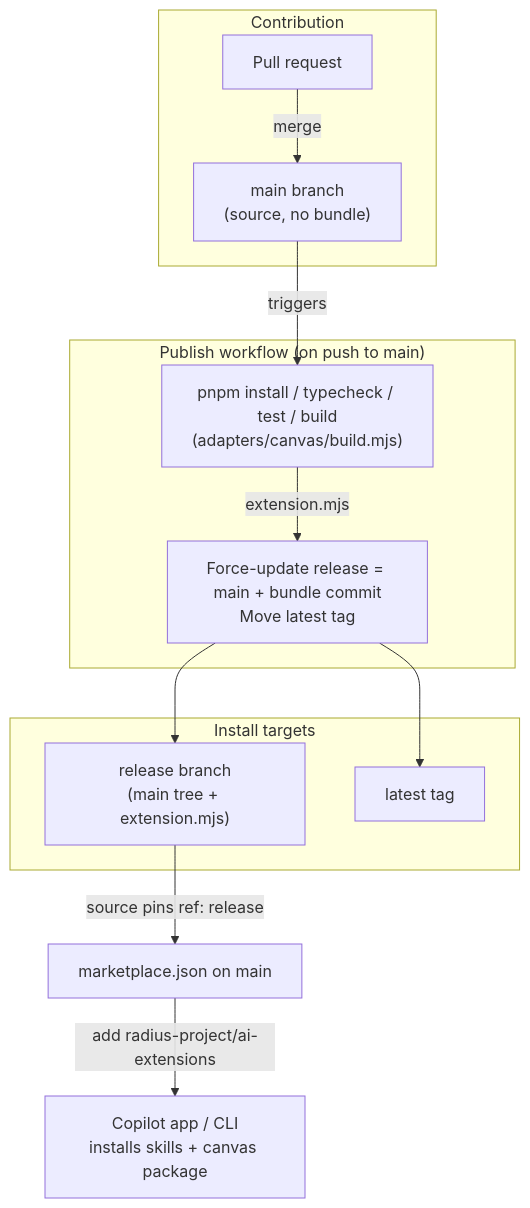
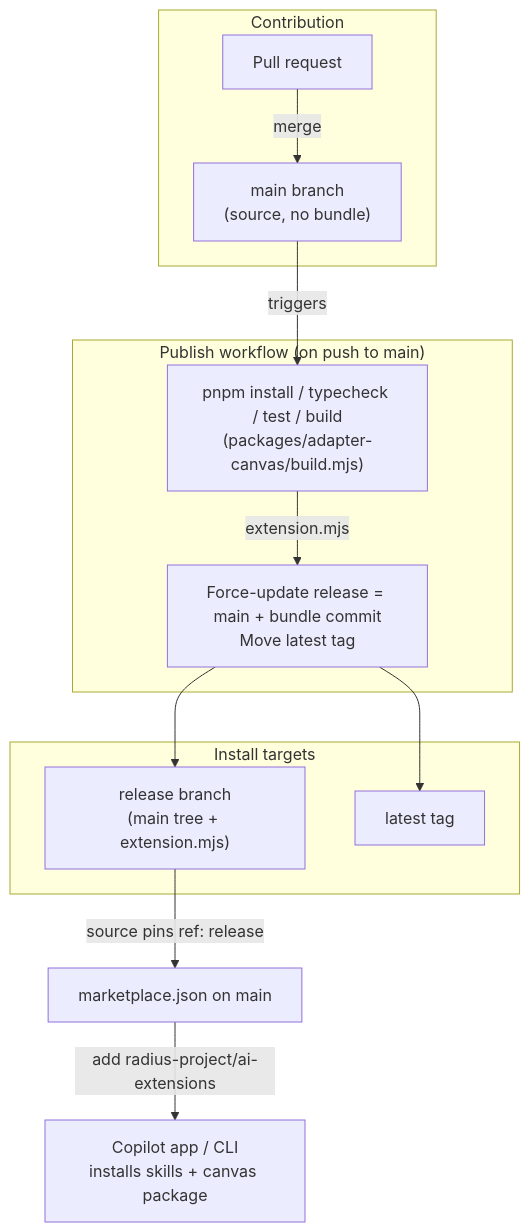
The diagram in docs/design/2026-07-canvas-bundle-publishing.md (radius-project/ai-extensions), drawn with Mermaid before and after one commit. The commit also changed other lines of this file and 34 other files, not shown here.

````diff
--- a/docs/design/2026-07-canvas-bundle-publishing.md
+++ b/docs/design/2026-07-canvas-bundle-publishing.md
@@ -89,24 +89,24 @@
 ```mermaid
 graph TD
     subgraph Dev["Contribution"]
         PR["Pull request"] -->|merge| Main["main branch<br/>(source, no bundle)"]
     end
 
     subgraph CI["Publish workflow (on push to main)"]
-        Build["pnpm install / typecheck / test / build<br/>(adapters/canvas/build.mjs)"]
+        Build["pnpm install / typecheck / test / build<br/>(packages/adapter-canvas/build.mjs)"]
         Publish["Force-update release = main + bundle commit<br/>Move latest tag"]
     end
 
     subgraph Published["Install targets"]
         Release["release branch<br/>(main tree + extension.mjs)"]
         Latest["latest tag"]
     end
 
     Main -->|triggers| Build
     Build -->|extension.mjs| Publish
     Publish --> Release
     Publish --> Latest
 
     Release -->|source pins ref: release| MP["marketplace.json on main"]
     MP -->|add radius-project/ai-extensions| App["Copilot app / CLI<br/>installs skills + canvas package"]
 ```
````
